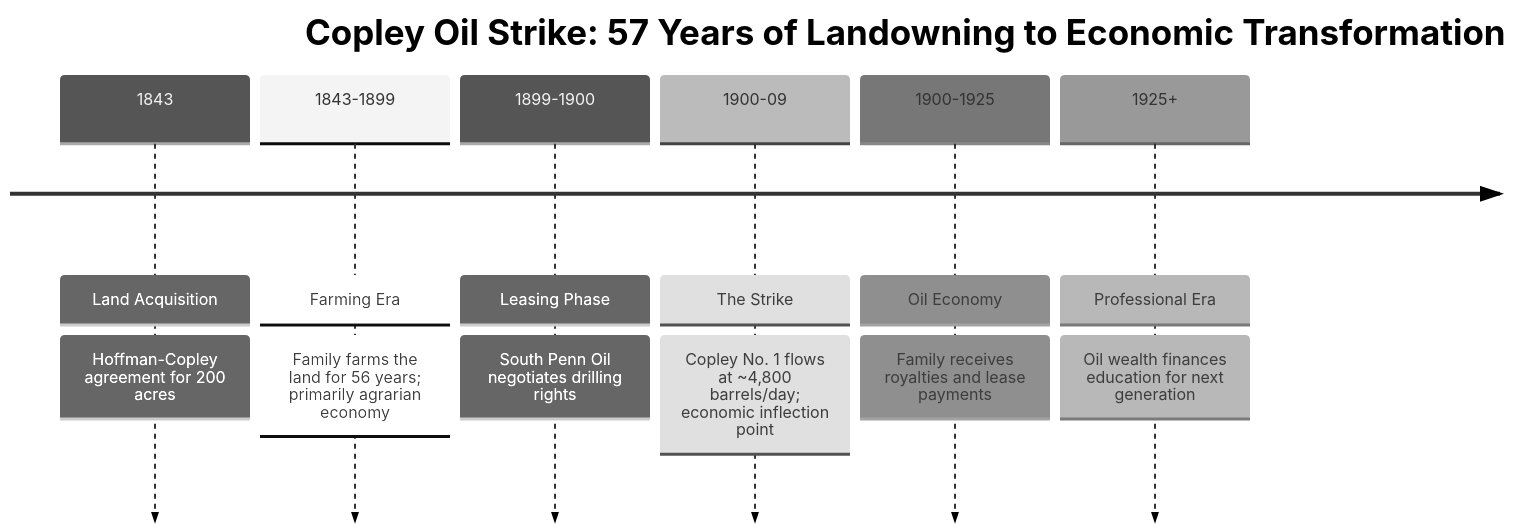
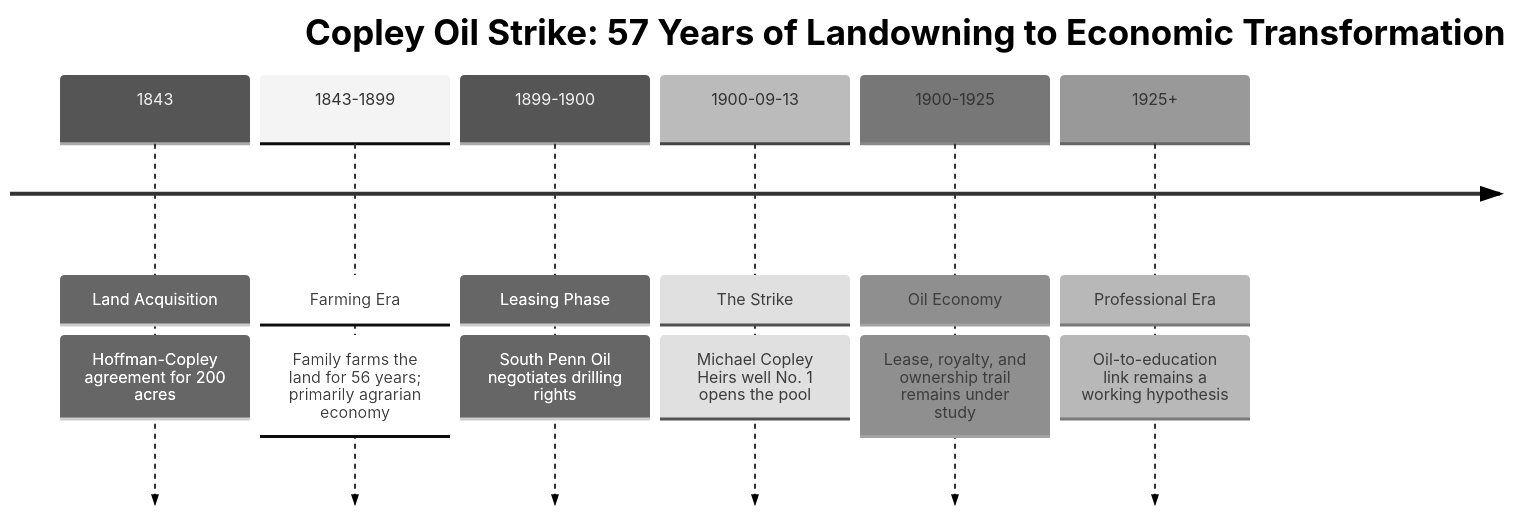
The diagram in Topics/1900 Copley Oil Strike.md (zcopley/copley-family-research), drawn with Mermaid (neutral theme) before and after one commit. The commit also changed other lines of this file and 14 other files, not shown here.

Commit message:
Integrate Copley heirs oil-title research

````diff
--- a/Topics/1900 Copley Oil Strike.md
+++ b/Topics/1900 Copley Oil Strike.md
@@ -44,11 +44,11 @@
 ```mermaid
 timeline
     title Copley Oil Strike: 57 Years of Landowning to Economic Transformation
     
     1843 : Land Acquisition : Hoffman-Copley agreement for 200 acres
     1843-1899 : Farming Era : Family farms the land for 56 years; primarily agrarian economy
     1899-1900 : Leasing Phase : South Penn Oil negotiates drilling rights
-    1900-09 : The Strike : Copley No. 1 flows at ~4,800 barrels/day; economic inflection point
-    1900-1925 : Oil Economy : Family receives royalties and lease payments
-    1925+ : Professional Era : Oil wealth finances education for next generation
+    1900-09-13 : The Strike : Michael Copley Heirs well No. 1 opens the pool
+    1900-1925 : Oil Economy : Lease, royalty, and ownership trail remains under study
+    1925+ : Professional Era : Oil-to-education link remains a working hypothesis
 ```
````
